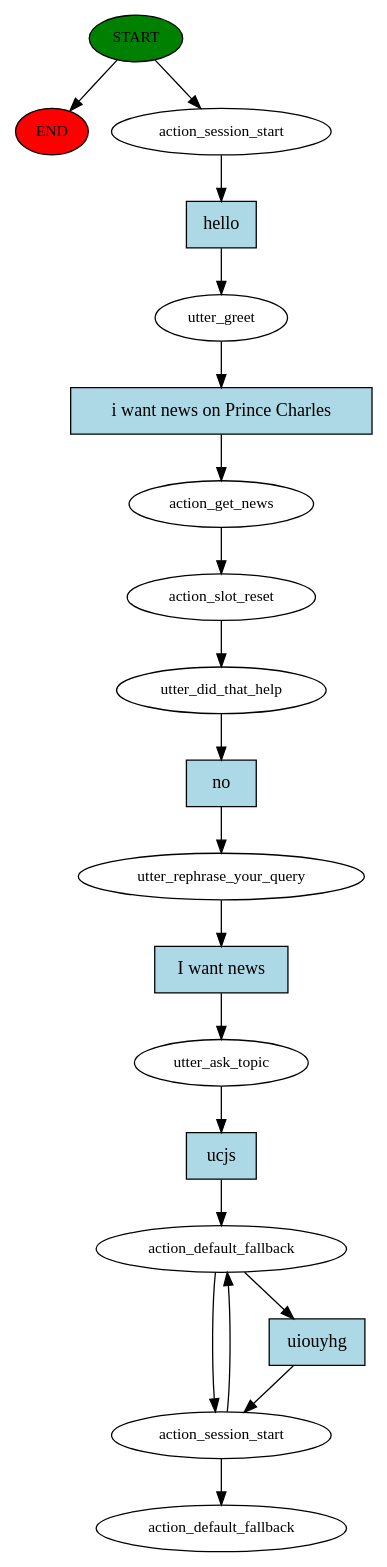
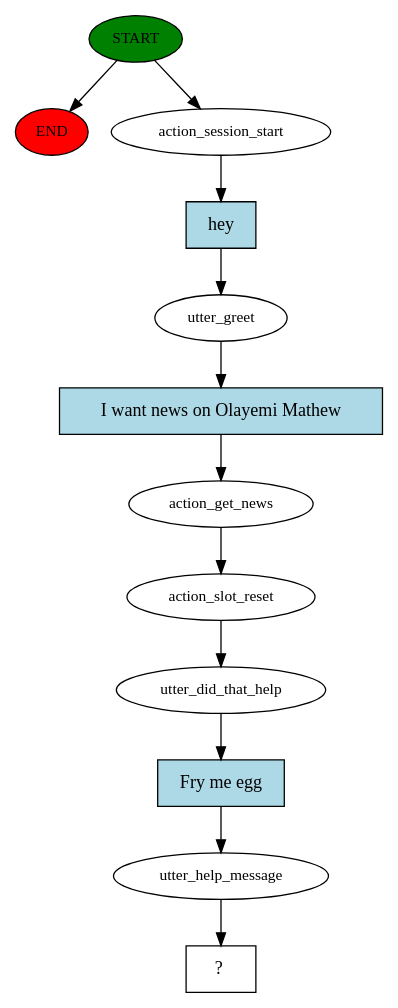
The diagram in story_graph.dot (AyodejiIbimilua/jamisi-bot), drawn with Graphviz before and after one commit. The commit also changed 8 other files, not shown here.

```diff
--- a/story_graph.dot
+++ b/story_graph.dot
@@ -1,39 +1,25 @@
 digraph  {
 0 [class="start active", fillcolor=green, fontsize=12, label=START, style=filled];
 "-1" [class=end, fillcolor=red, fontsize=12, label=END, style=filled];
 1 [class=active, fontsize=12, label=action_session_start];
 2 [class=active, fontsize=12, label=utter_greet];
 3 [class=active, fontsize=12, label=action_get_news];
 4 [class=active, fontsize=12, label=action_slot_reset];
 5 [class=active, fontsize=12, label=utter_did_that_help];
-6 [class=active, fontsize=12, label=utter_rephrase_your_query];
-7 [class=active, fontsize=12, label=utter_ask_topic];
-8 [class=active, fontsize=12, label=action_default_fallback];
-9 [class=active, fontsize=12, label=action_session_start];
-14 [class="dashed active", fontsize=12, label=action_default_fallback];
-15 [class="intent active", fillcolor=lightblue, label=hello, shape=rect, style=filled];
-16 [class="intent active", fillcolor=lightblue, label="i want news on Prince Charles", shape=rect, style=filled];
-17 [class="intent active", fillcolor=lightblue, label=no, shape=rect, style=filled];
-18 [class="intent active", fillcolor=lightblue, label="I want news", shape=rect, style=filled];
-19 [class="intent active", fillcolor=lightblue, label=ucjs, shape=rect, style=filled];
-20 [class="intent active", fillcolor=lightblue, label=uiouyhg, shape=rect, style=filled];
+6 [class=active, fontsize=12, label=utter_help_message];
+7 [class="intent dashed active", label="  ?  ", shape=rect];
+8 [class="intent active", fillcolor=lightblue, label=hey, shape=rect, style=filled];
+9 [class="intent active", fillcolor=lightblue, label="I want news on Olayemi Mathew", shape=rect, style=filled];
+10 [class="intent active", fillcolor=lightblue, label="Fry me egg", shape=rect, style=filled];
 0 -> "-1"  [class="", key=NONE, label=""];
 0 -> 1  [class=active, key=NONE, label=""];
-1 -> 15  [class=active, key=0];
-2 -> 16  [class=active, key=0];
+1 -> 8  [class=active, key=0];
+2 -> 9  [class=active, key=0];
 3 -> 4  [class=active, key=NONE, label=""];
 4 -> 5  [class=active, key=NONE, label=""];
-5 -> 17  [class=active, key=0];
-6 -> 18  [class=active, key=0];
-7 -> 19  [class=active, key=0];
-8 -> 9  [class=active, key=NONE, label=""];
-8 -> 20  [class=active, key=0];
-9 -> 8  [class=active, key=NONE, label=""];
-9 -> 14  [class=active, key=NONE, label=""];
-15 -> 2  [class=active, key=0];
-16 -> 3  [class=active, key=0];
-17 -> 6  [class=active, key=0];
-18 -> 7  [class=active, key=0];
-19 -> 8  [class=active, key=0];
-20 -> 9  [class=active, key=0];
+5 -> 10  [class=active, key=0];
+6 -> 7  [class=active, key=NONE, label=""];
+8 -> 2  [class=active, key=0];
+9 -> 3  [class=active, key=0];
+10 -> 6  [class=active, key=0];
 }
```
